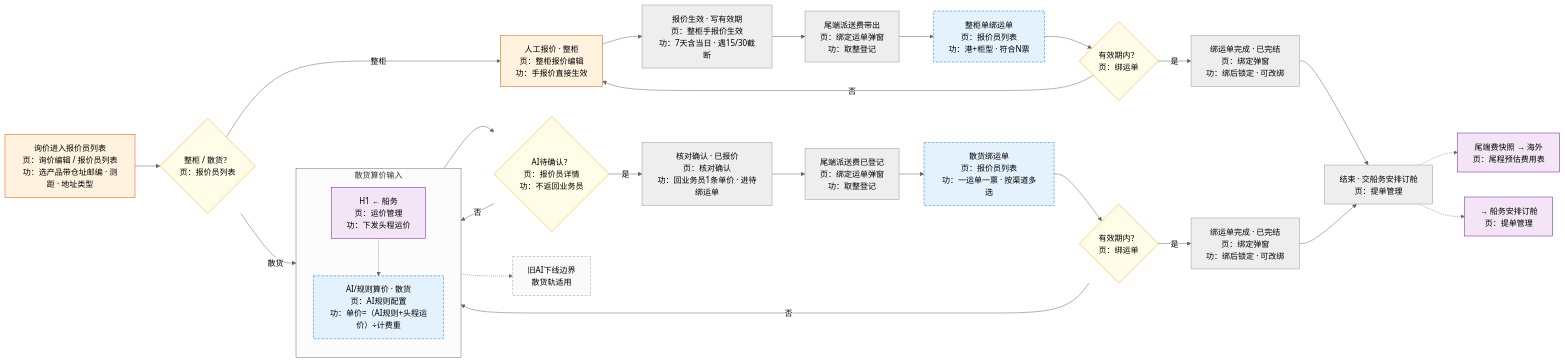
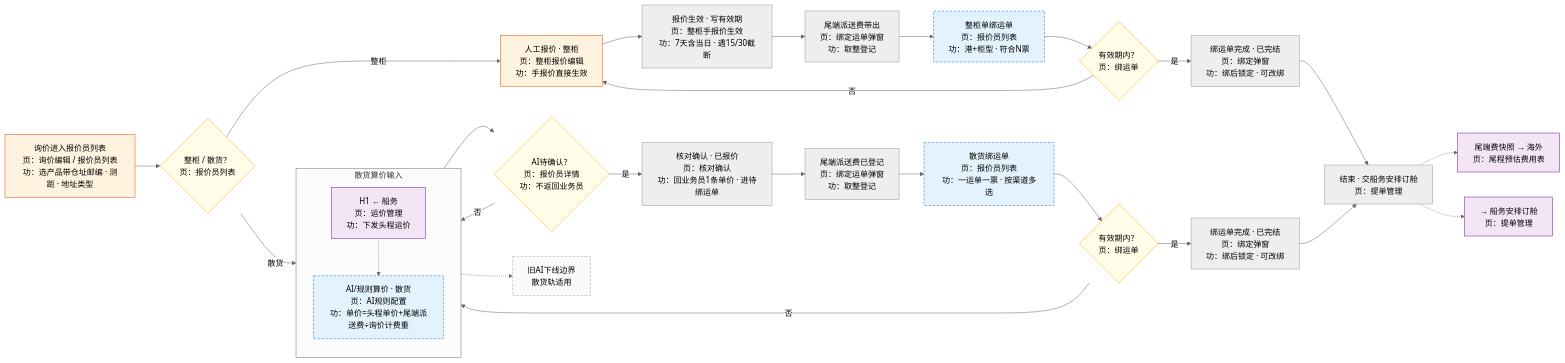
The diagram in 产品部门/报价组/10-L2-S1-私卡询价报价.mmd (271935452-lab/-), drawn with Mermaid (neutral theme) before and after one commit. The commit also changed 54 other files, not shown here.

```diff
--- a/产品部门/报价组/10-L2-S1-私卡询价报价.mmd
+++ b/产品部门/报价组/10-L2-S1-私卡询价报价.mmd
@@ -1,51 +1,51 @@
 %% L2-S1 私卡询价报价 · 归属主链路 S1 · 报价组
 %% 上接：散货算价时接入 H1 头程运价 · 下交：报完价→船务安排订舱 · 尾端费快照→海外
 %% 节点标注：页=原型页面 · 功=页面功能
 %% draw.io：排列 → 插入 → 高级 → Mermaid…
 
 flowchart LR
   A["询价进入报价员列表<br/>页：询价编辑 / 报价员列表<br/>功：选产品带仓址邮编 · 测距 · 地址类型"]
   A --> T{"整柜 / 散货？<br/>页：报价员列表"}
   T -->|整柜| B1["人工报价 · 整柜<br/>页：整柜报价编辑<br/>功：手报价直接生效"]
   T -->|散货| B2
   subgraph LCLFEED["散货算价输入"]
     direction TB
     H0["H1 ← 船务<br/>页：运价管理<br/>功：下发头程运价"]
-    B2["AI/规则算价 · 散货<br/>页：AI规则配置<br/>功：单价=（AI规则+头程运价）÷计费重"]
+    B2["AI/规则算价 · 散货<br/>页：AI规则配置<br/>功：单价=头程单价+尾端派送费÷询价计费重"]
   end
   H0 -.-> B2
   B1 --> D1["报价生效 · 写有效期<br/>页：整柜手报价生效<br/>功：7天含当日 · 遇15/30截断"]
   B2 --> C2{"AI待确认？<br/>页：报价员详情<br/>功：不返回业务员"}
   C2 -->|否| B2
   C2 -->|是| D2["核对确认 · 已报价<br/>页：核对确认<br/>功：回业务员1条单价 · 进待绑运单"]
   D1 --> E1["尾端派送费带出<br/>页：绑定运单弹窗<br/>功：取整登记"]
   D2 --> E2["尾端派送费已登记<br/>页：绑定运单弹窗<br/>功：取整登记"]
   E1 --> F1["整柜单绑运单<br/>页：报价员列表<br/>功：港+柜型 · 符合N票"]
   E2 --> F2["散货绑运单<br/>页：报价员列表<br/>功：一运单一票 · 按渠道多选"]
   F1 --> G1{"有效期内？<br/>页：绑运单"}
   F2 --> G2{"有效期内？<br/>页：绑运单"}
   G1 -->|是| BIND1["绑运单完成 · 已完结<br/>页：绑定弹窗<br/>功：绑后锁定 · 可改绑"]
   G2 -->|是| BIND2["绑运单完成 · 已完结<br/>页：绑定弹窗<br/>功：绑后锁定 · 可改绑"]
   G1 -->|否| B1
   G2 -->|否| B2
   BIND1 --> I["结束 · 交船务安排订舱<br/>页：提单管理"]
   BIND2 --> I
   I -.-> HW["尾端费快照 → 海外<br/>页：尾程预估费用表"]
   I -.-> HX["→ 船务安排订舱<br/>页：提单管理"]
 
   OLD["旧AI下线边界<br/>散货轨适用"]
   B2 -.-> OLD
 
   style A fill:#FFF3E0,stroke:#E65100
   style T fill:#FFFDE7,stroke:#F9A825
   style C2 fill:#FFFDE7,stroke:#F9A825
   style G1 fill:#FFFDE7,stroke:#F9A825
   style G2 fill:#FFFDE7,stroke:#F9A825
   style H0 fill:#F3E5F5,stroke:#6A1B9A
   style HW fill:#F3E5F5,stroke:#6A1B9A
   style HX fill:#F3E5F5,stroke:#6A1B9A
   style OLD fill:#FAFAFA,stroke:#9E9E9E,stroke-dasharray: 5 3
   style B1 fill:#FFF3E0,stroke:#E65100
   style B2 fill:#E3F2FD,stroke:#1976D2,stroke-dasharray: 5 3
   style F1 fill:#E3F2FD,stroke:#1976D2,stroke-dasharray: 5 3
   style F2 fill:#E3F2FD,stroke:#1976D2,stroke-dasharray: 5 3
```
